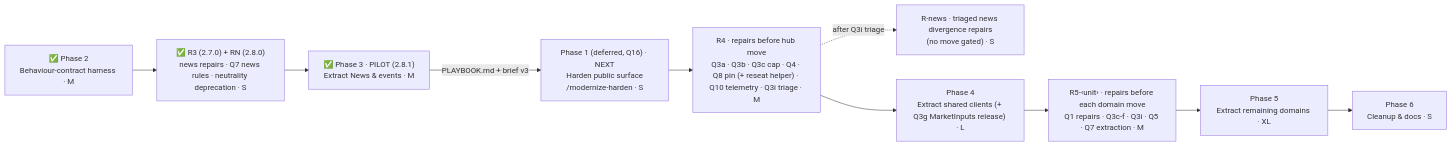
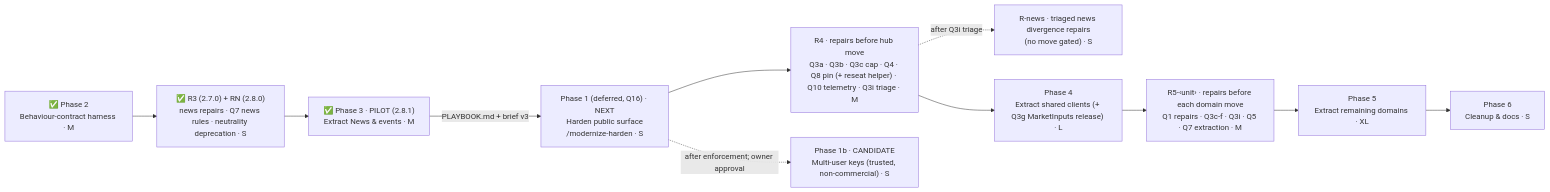
One commit to carnat/yahoo-finance-mcp changed the second of 2 diagrams in analysis/yahoo-finance-mcp/MODERNIZATION_BRIEF.md. Above: the diagram before and after it, drawn with Mermaid. The commit also changed other lines of this file, not shown here.

First line of the commit message:
Brief: add Phase 1b candidate (multi-user keys for trusted, non-commercial sharing)

````diff
--- a/analysis/yahoo-finance-mcp/MODERNIZATION_BRIEF.md
+++ b/analysis/yahoo-finance-mcp/MODERNIZATION_BRIEF.md
@@ -202,22 +202,24 @@
 ```mermaid
 flowchart LR
   P1["Phase 1 (deferred, Q16) · NEXT<br/>Harden public surface<br/>/modernize-harden · S"]
   P2["✅ Phase 2<br/>Behaviour-contract harness · M"]
   R3["✅ R3 (2.7.0) + RN (2.8.0)<br/>news repairs · Q7 news rules · neutrality deprecation · S"]
   P3["✅ Phase 3 · PILOT (2.8.1)<br/>Extract News & events · M"]
   R4["R4 · repairs before hub move<br/>Q3a · Q3b · Q3c cap · Q4 · Q8 pin (+ reseat helper) · Q10 telemetry · Q3i triage · M"]
   RN2["R-news · triaged news divergence repairs<br/>(no move gated) · S"]
   P4["Phase 4<br/>Extract shared clients (+ Q3g MarketInputs release) · L"]
   R5["R5-‹unit› · repairs before each domain move<br/>Q1 repairs · Q3c-f · Q3i · Q5 · Q7 extraction · M"]
   P5["Phase 5<br/>Extract remaining domains · XL"]
   P6["Phase 6<br/>Cleanup & docs · S"]
   P2 --> R3
   R3 --> P3
   P3 -->|"PLAYBOOK.md + brief v3"| P1
   P1 --> R4
   R4 -.->|"after Q3i triage"| RN2
+  P1B["Phase 1b · CANDIDATE<br/>Multi-user keys (trusted, non-commercial) · S"]
+  P1 -.->|"after enforcement; owner approval"| P1B
   R4 --> P4
   P4 --> R5
   R5 --> P5
   P5 --> P6
 ```
````
